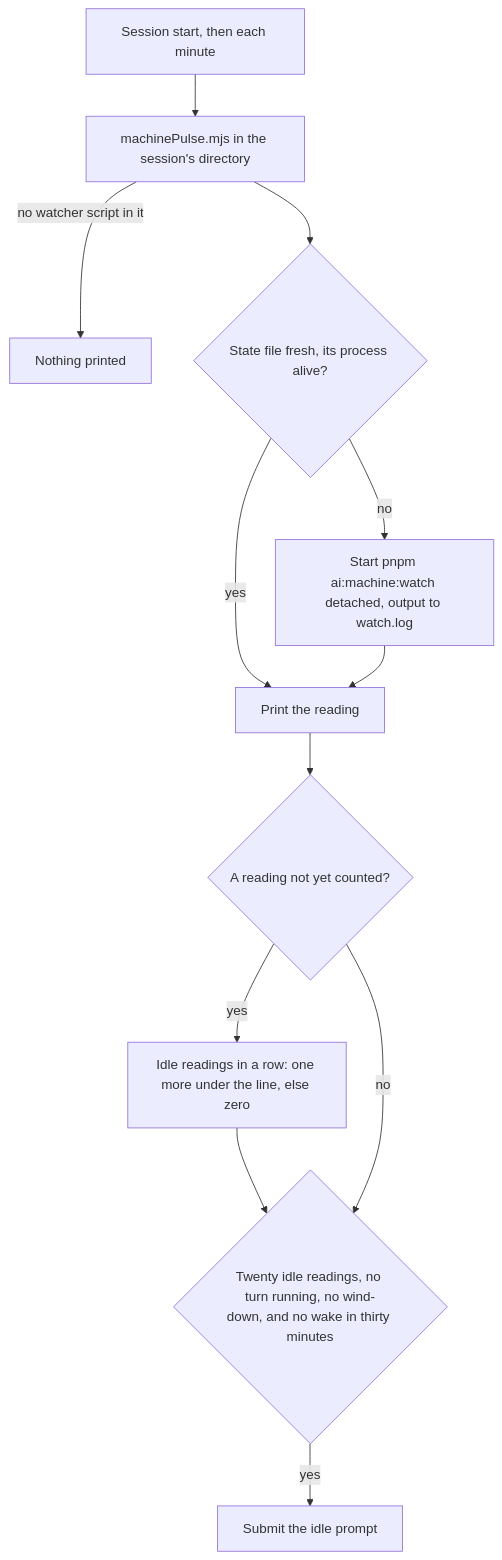
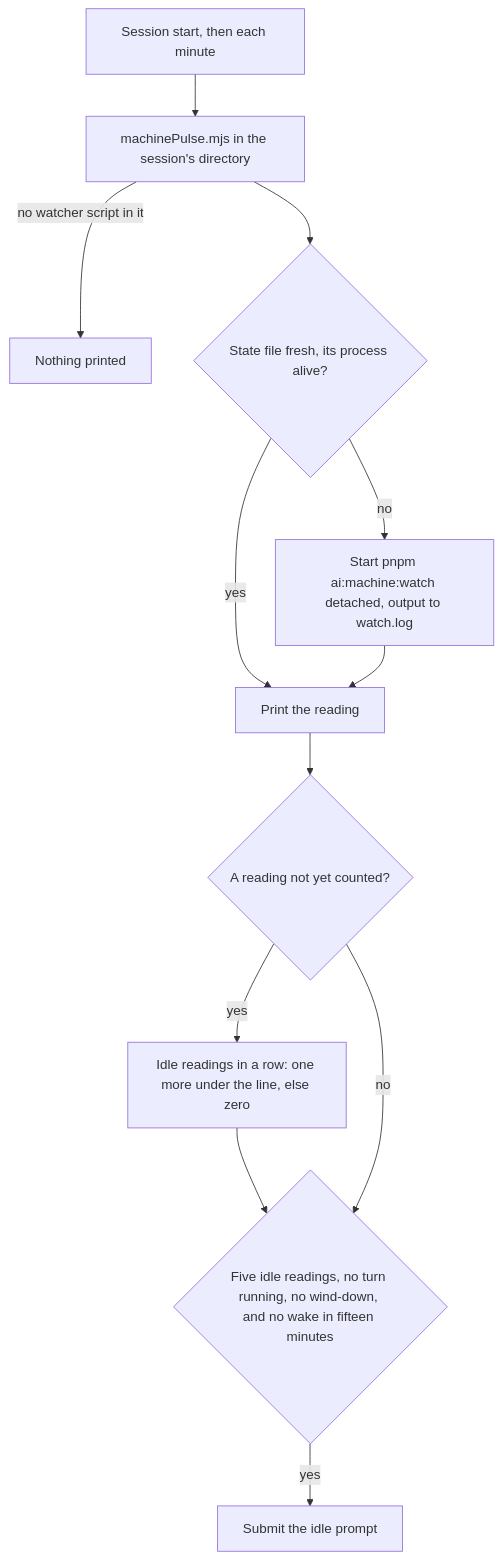
Before and after one commit to Esposter/Esposter: the diagram in apps/web/content/docs/infra/claude-interface/genshin-mods/pulse.md, drawn with Mermaid. The commit also changed other lines of this file and 1 other file, not shown here.

First line of the commit message:
feat(genshin-mods): the pulse wakes an idle session after five minutes, then every fifteen, to run pnpm ai:fleet:fill and launch a haiku agent per brief it prints

````diff
--- a/apps/web/content/docs/infra/claude-interface/genshin-mods/pulse.md
+++ b/apps/web/content/docs/infra/claude-interface/genshin-mods/pulse.md
@@ -20,14 +22,14 @@
 ```mermaid
 flowchart TD
   Tick["Session start, then each minute"] --> Script["machinePulse.mjs in the session's directory"]
   Script -->|no watcher script in it| Silent["Nothing printed"]
   Script --> Fresh{"State file fresh, its process alive?"}
   Fresh -->|no| Start["Start pnpm ai:machine:watch detached, output to watch.log"]
   Fresh -->|yes| Reading["Print the reading"]
   Start --> Reading
   Reading --> New{"A reading not yet counted?"}
   New -->|yes| Count["Idle readings in a row: one more under the line, else zero"]
-  Count --> Gate{"Twenty idle readings, no turn running, no wind-down, and no wake in thirty minutes"}
+  Count --> Gate{"Five idle readings, no turn running, no wind-down, and no wake in fifteen minutes"}
   New -->|no| Gate
   Gate -->|yes| Wake["Submit the idle prompt"]
 ```
````
